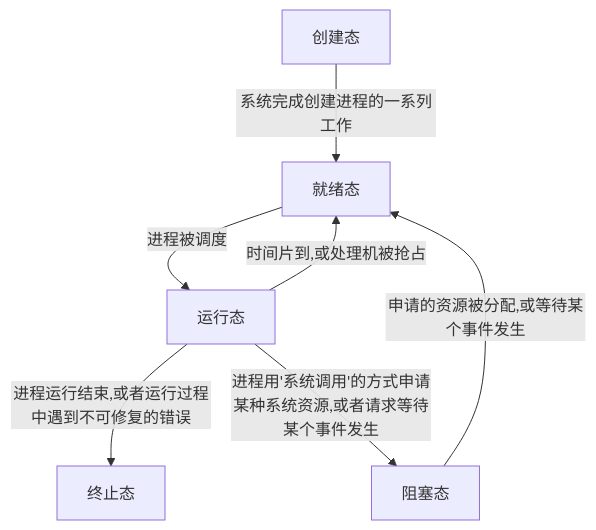
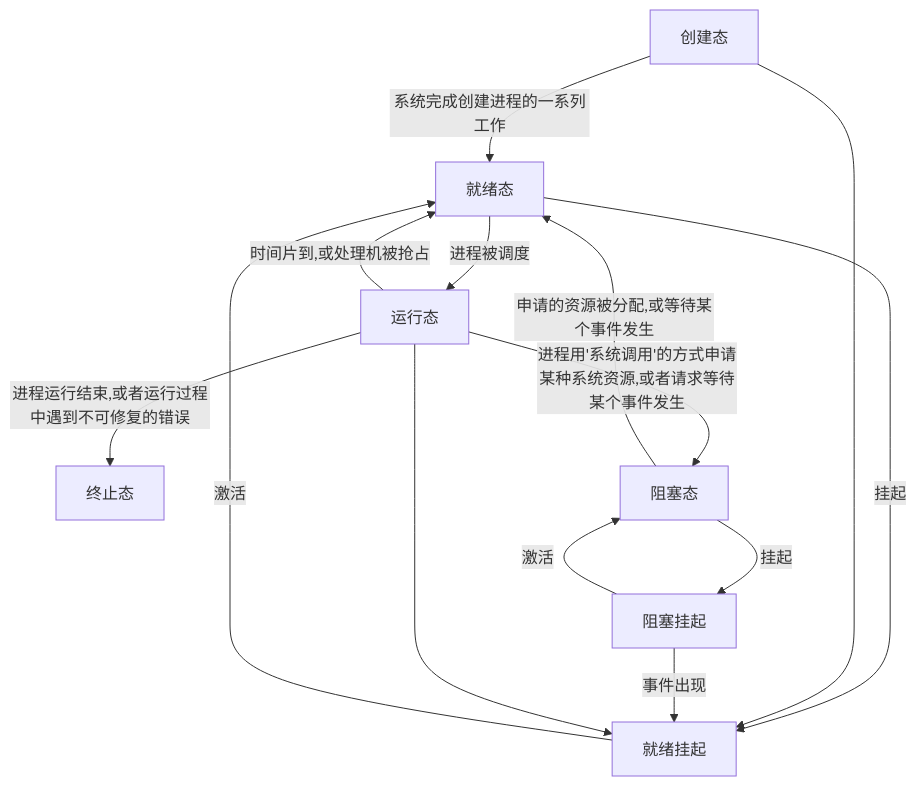
One commit to Encounter005/Hexo_Config changed the fourth of 5 diagrams in source/_drafts/operating-system-2.md. Above: the diagram before and after it, drawn with Mermaid. The commit also changed other lines of this file, not shown here.

````diff
--- a/source/_drafts/operating-system-2.md
+++ b/source/_drafts/operating-system-2.md
@@ -85,7 +85,15 @@
 ```mermaid
 flowchart TD
     A[创建态] -->|系统完成创建进程的一系列工作| B[就绪态] -->|进程被调度| C[运行态] -->|进程运行结束,或者运行过程中遇到不可修复的错误| D[终止态]
     C -->|进程用'系统调用'的方式申请某种系统资源,或者请求等待某个事件发生 | E[阻塞态]
     E -->|申请的资源被分配,或等待某个事件发生| B
     C -->|时间片到,或处理机被抢占| B
+    B -->|挂起| F[就绪挂起]
+    F -->|激活| B
+    E -->|挂起| G[阻塞挂起]
+    G -->|激活| E
+    A --> F
+    G -->|事件出现| F
+    C --> F
+
 ```
````
